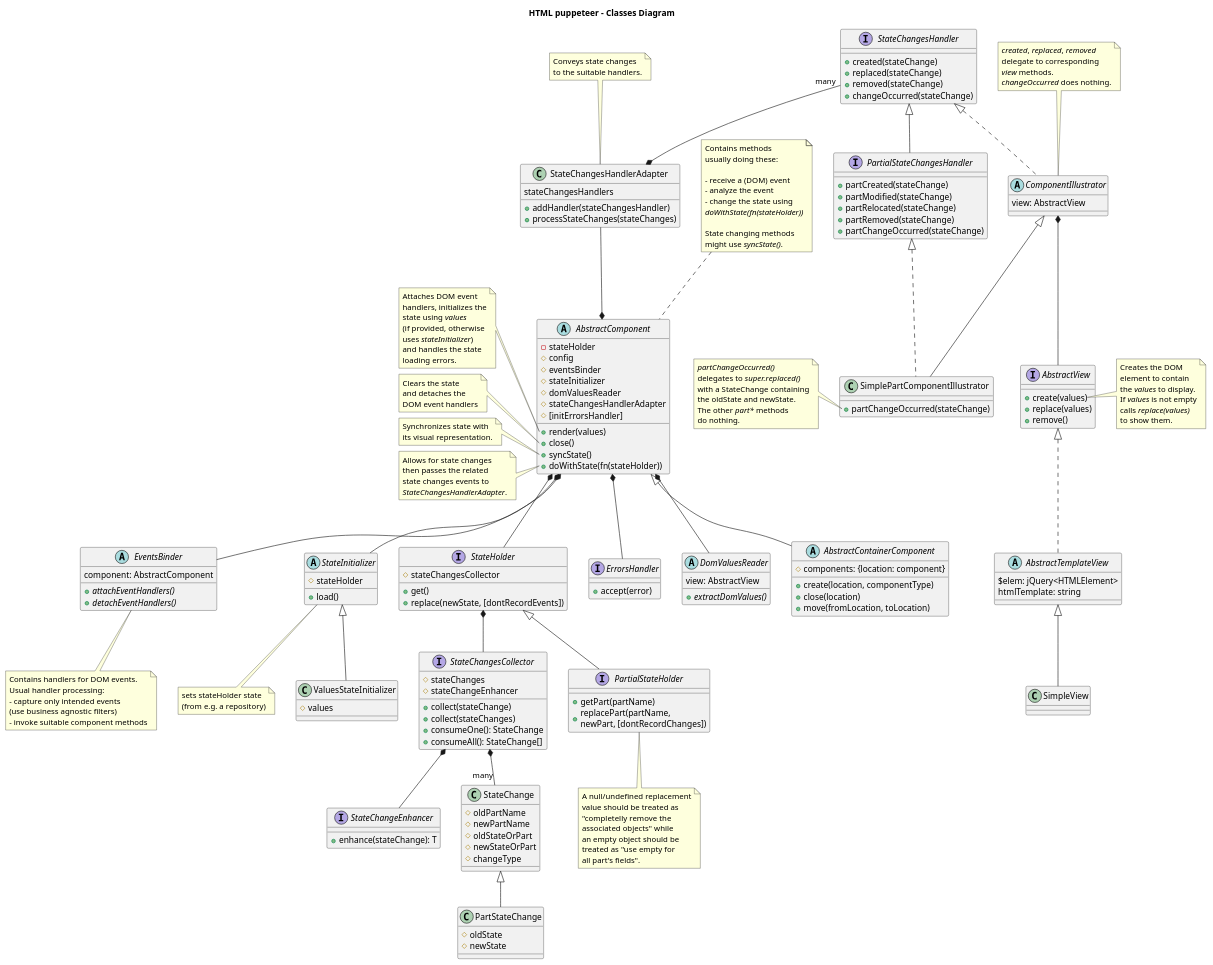
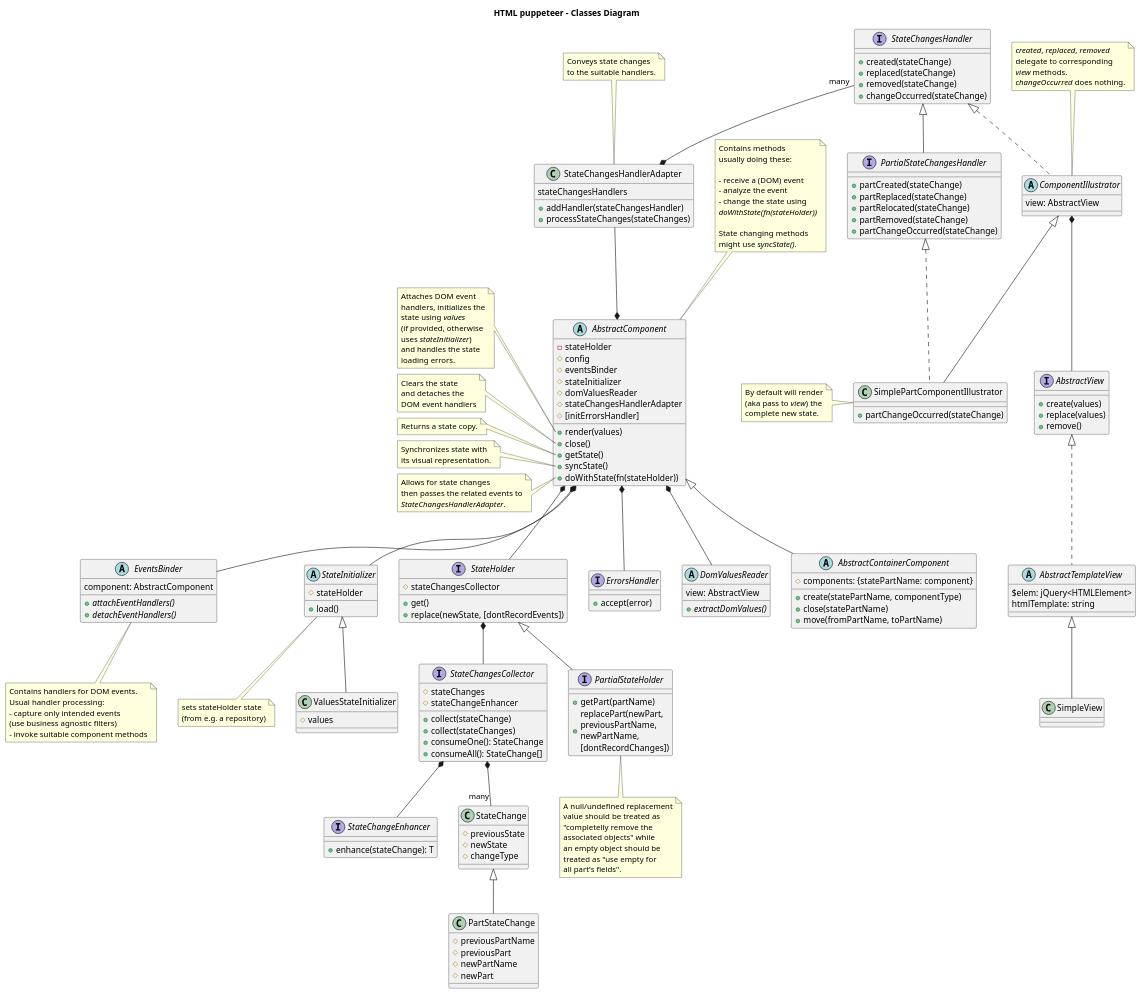
The diagram in design/classes-diagram.puml (adrhc/html-puppeteer), drawn with PlantUML before and after one commit. The commit also changed 1 other file, not shown here.

Commit message:
classes-diagram.puml

```diff
--- a/design/classes-diagram.puml
+++ b/design/classes-diagram.puml
@@ -12,6 +12,7 @@
   #[initErrorsHandler]
   +render(values)
   +close()
+  +getState()
   +syncState()
   +doWithState(fn(stateHolder))
 }
@@ -68,6 +69,10 @@
 DOM event handlers
 end note
 
+note left of AbstractComponent::get
+Returns a state copy.
+end note
+
 note left of AbstractComponent::syncState
 Synchronizes state with
 its visual representation.
@@ -75,16 +80,15 @@
 
 note left of AbstractComponent::doWithState
 Allows for state changes
-then passes the related
-state changes events to
+then passes the related events to
 <i>StateChangesHandlerAdapter</i>.
 end note
 
 abstract AbstractContainerComponent extends AbstractComponent {
-  #components: {location: component}
-  +create(location, componentType)
-  +close(location)
-  +move(fromLocation, toLocation)
+  #components: {statePartName: component}
+  +create(statePartName, componentType)
+  +close(statePartName)
+  +move(fromPartName, toPartName)
 }
 
 abstract EventsBinder {
@@ -116,16 +120,16 @@
 }
 
 class StateChange {
-#oldPartName
-#newPartName
-#oldStateOrPart
-#newStateOrPart
+#previousState
+#newState
 #changeType
 }
 
 class PartStateChange extends StateChange {
-#oldState
-#newState
+#previousPartName
+#previousPart
+#newPartName
+#newPart
 }
 
 'interface StateChangeEnhancer<T extends StateChange> {
@@ -157,7 +161,7 @@
 
 interface PartialStateHolder extends StateHolder {
 +getPart(partName)
-+replacePart(partName, \nnewPart, [dontRecordChanges])
++replacePart(newPart, \npreviousPartName, \nnewPartName, \n[dontRecordChanges])
 }
 
 ' note left of PartialStateHolder::replacePart
@@ -181,14 +185,14 @@
 +remove()
 }
 
-note right of AbstractView::create
+/'note right of AbstractView::create
 Creates the DOM
 element to contain
 the <i>values</i> to display.
 If <i>values</i> is not empty
 calls <i>replace(values)</i>
 to show them.
-end note
+end note'/
 
 /'note left of AbstractView::replace
 Replaces the previous
@@ -223,7 +227,7 @@
 to <i>replaced(stateChange)</i>
 - map state part (aka section)
 modification to
-<i>partModified(stateChange)</i>
+<i>partReplaced(stateChange)</i>
 - map state part removal to
 <i>partRemoved(stateChange)</i>
 end note'/
@@ -243,7 +247,7 @@
 
 interface PartialStateChangesHandler extends StateChangesHandler {
 +partCreated(stateChange)
-+partModified(stateChange)
++partReplaced(stateChange)
 +partRelocated(stateChange)
 +partRemoved(stateChange)
 +partChangeOccurred(stateChange)
@@ -264,13 +268,10 @@
 +partChangeOccurred(stateChange)
 }
 
-note left of SimplePartComponentIllustrator::partChangeOccurred
-<i>partChangeOccurred()</i>
-delegates to <i>super.replaced()</i>
-with a StateChange containing
-the oldState and newState.
-The other <i>part*</i> methods
-do nothing.
+note left of SimplePartComponentIllustrator
+By default will render
+(aka pass to <i>view</i>) the
+complete new state.
 end note
 
 /'abstract PartsAllocator implements PartialStateChangesHandler {
```
